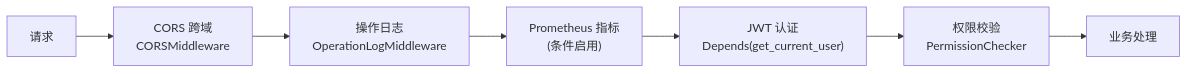
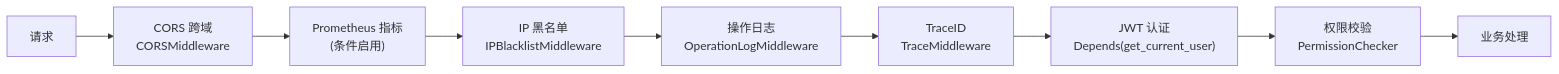
Before and after one commit to earthy-zinc/dehaze-system: diagram 13 of 15 in dehaze-doc/docs/02-系统架构/08-后端基础设施设计(Python).md, drawn with Mermaid. The commit also changed other lines of this file and 10 other files, not shown here.

````diff
--- a/dehaze-doc/docs/02-系统架构/08-后端基础设施设计(Python).md
+++ b/dehaze-doc/docs/02-系统架构/08-后端基础设施设计(Python).md
@@ -881,9 +1077,11 @@
 ```mermaid
 flowchart LR
     Req["请求"] --> CORS["CORS 跨域<br/>CORSMiddleware"]
-    CORS --> OpLog["操作日志<br/>OperationLogMiddleware"]
-    OpLog --> Prometheus["Prometheus 指标<br/>(条件启用)"]
-    Prometheus --> JWT["JWT 认证<br/>Depends(get_current_user)"]
+    CORS --> Prometheus["Prometheus 指标<br/>(条件启用)"]
+    Prometheus --> IPBlacklist["IP 黑名单<br/>IPBlacklistMiddleware"]
+    IPBlacklist --> OpLog["操作日志<br/>OperationLogMiddleware"]
+    OpLog --> Trace["TraceID<br/>TraceMiddleware"]
+    Trace --> JWT["JWT 认证<br/>Depends(get_current_user)"]
     JWT --> Permission["权限校验<br/>PermissionChecker"]
     Permission --> Handler["业务处理"]
 ```
````
